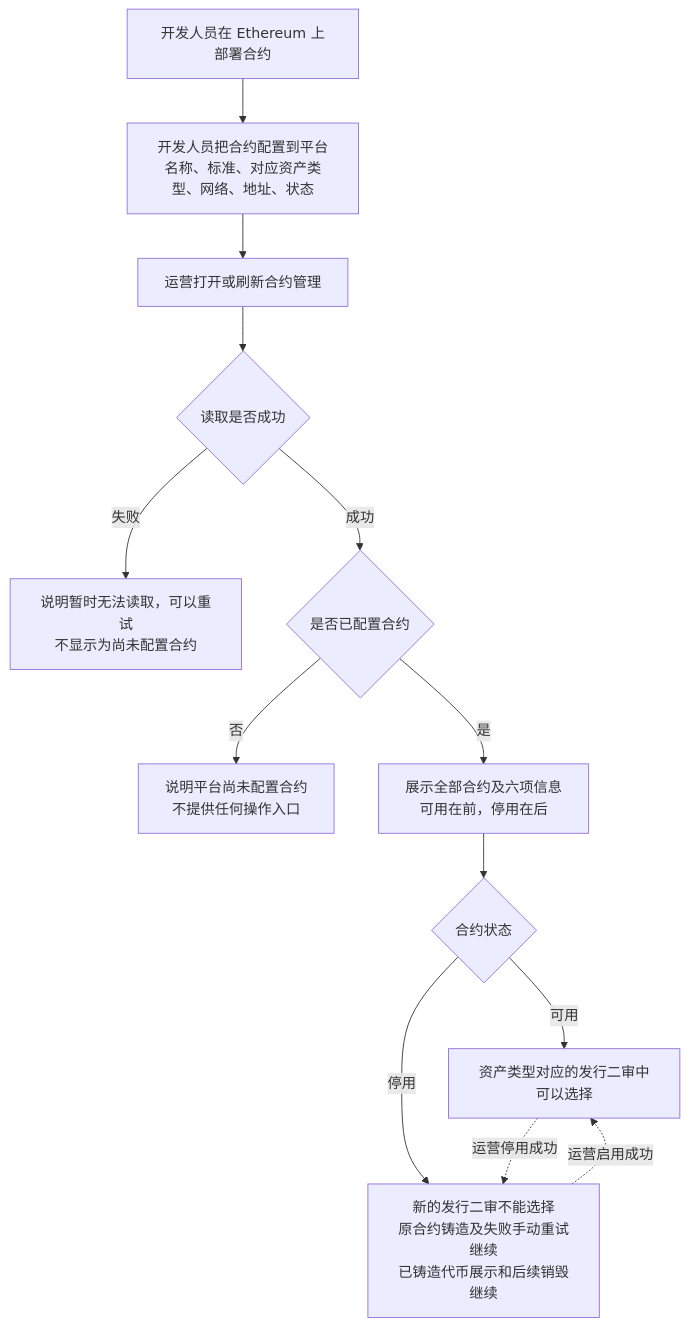
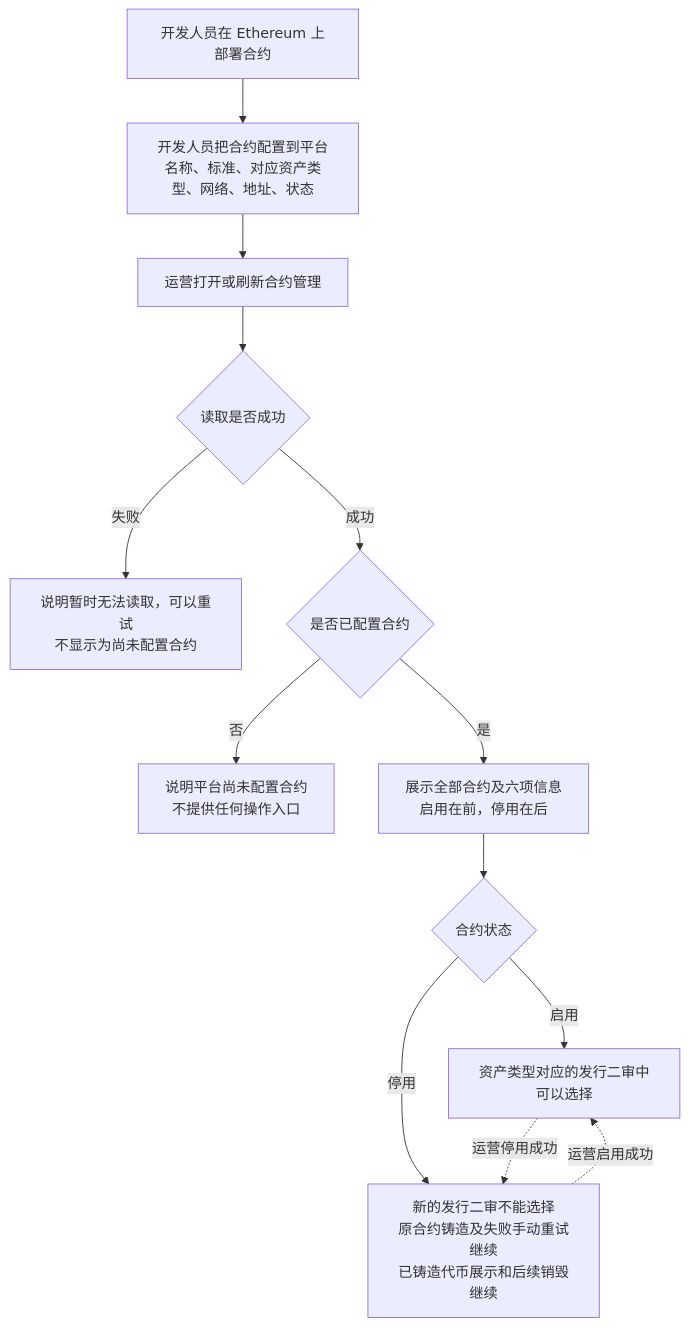
The first of 4 diagrams in token-issuance-platform/PRD/管理端/M6-合约管理/02-合约管理-流程图与状态机.md (wxblockchain/Chain-Financing), drawn with Mermaid before and after one commit. The commit also changed other lines of this file and 4 other files, not shown here.

````diff
--- a/token-issuance-platform/PRD/管理端/M6-合约管理/02-合约管理-流程图与状态机.md
+++ b/token-issuance-platform/PRD/管理端/M6-合约管理/02-合约管理-流程图与状态机.md
@@ -19,15 +19,15 @@
 ```mermaid
 flowchart TD
     A[开发人员在 Ethereum 上部署合约] --> B[开发人员把合约配置到平台<br/>名称、标准、对应资产类型、网络、地址、状态]
     B --> C[运营打开或刷新合约管理]
     C --> D{读取是否成功}
     D -->|失败| D1[说明暂时无法读取，可以重试<br/>不显示为尚未配置合约]
     D -->|成功| E{是否已配置合约}
     E -->|否| E1[说明平台尚未配置合约<br/>不提供任何操作入口]
-    E -->|是| F[展示全部合约及六项信息<br/>可用在前，停用在后]
+    E -->|是| F[展示全部合约及六项信息<br/>启用在前，停用在后]
     F --> G{合约状态}
-    G -->|可用| H[资产类型对应的发行二审中可以选择]
+    G -->|启用| H[资产类型对应的发行二审中可以选择]
     G -->|停用| I[新的发行二审不能选择<br/>原合约铸造及失败手动重试继续<br/>已铸造代币展示和后续销毁继续]
     H -.运营停用成功.-> I
     I -.运营启用成功.-> H
 ```
````
